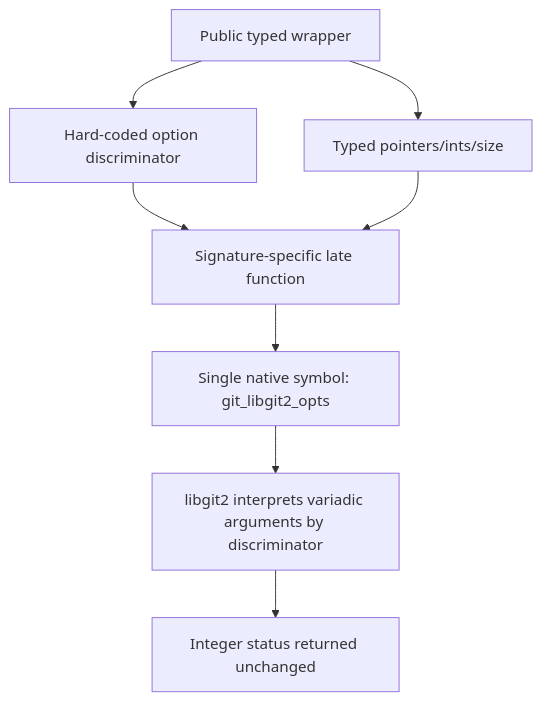
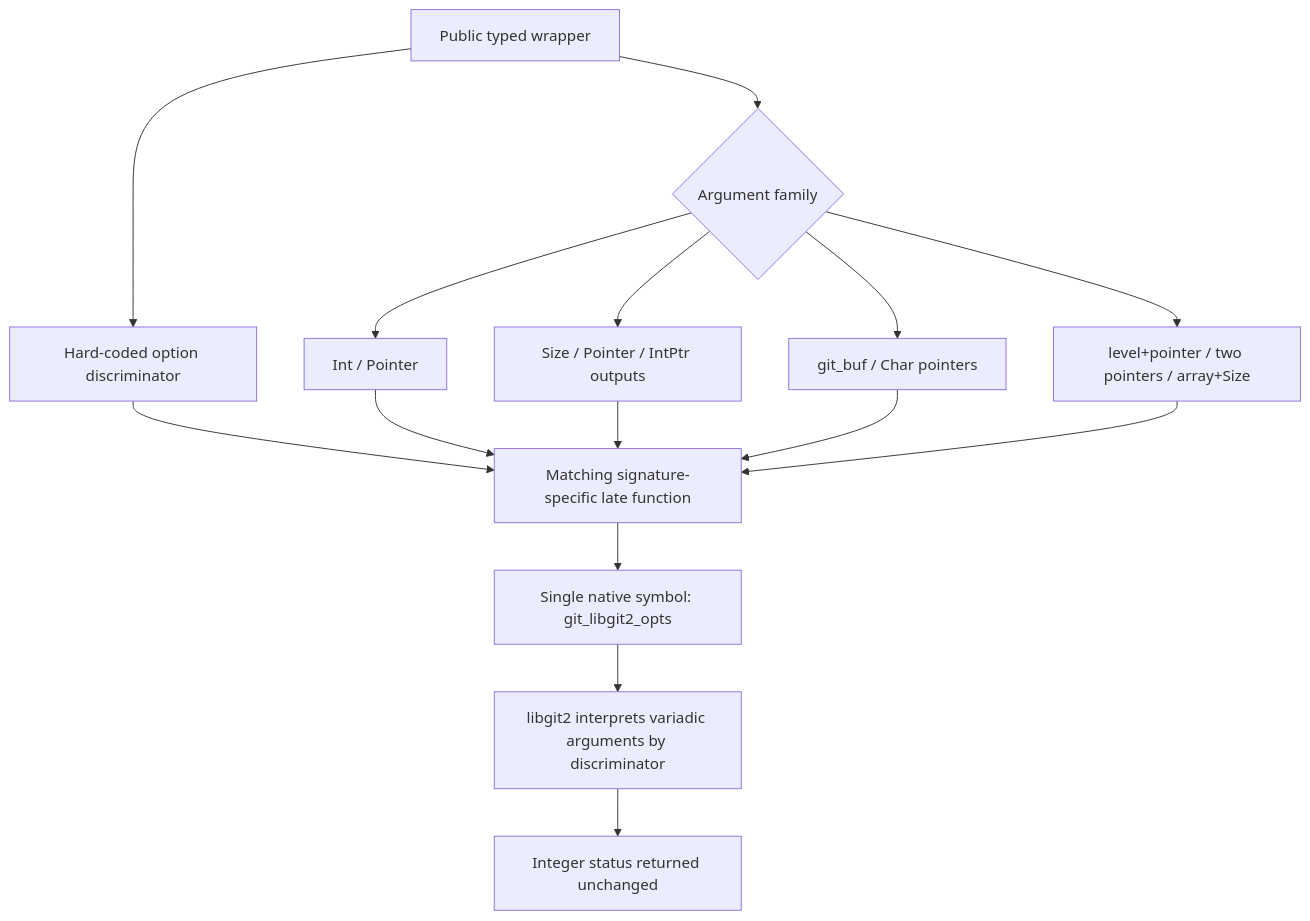
Before and after one commit to DartGit-dev/git2dart_binaries: the diagram in .reversa/_reversa_sdd/flowcharts/libgit2-global-options-dispatch.md, drawn with Mermaid. The commit also changed other lines of this file and 250 other files, not shown here.

````diff
--- a/.reversa/_reversa_sdd/flowcharts/libgit2-global-options-dispatch.md
+++ b/.reversa/_reversa_sdd/flowcharts/libgit2-global-options-dispatch.md
@@ -3,10 +3,17 @@
 ```mermaid
 flowchart TD
   Method["Public typed wrapper"] --> Op["Hard-coded option discriminator"]
-  Method --> Args["Typed pointers/ints/size"]
-  Op --> Call["Signature-specific late function"]
-  Args --> Call
+  Method --> Args{"Argument family"}
+  Args --> Int["Int / Pointer<Int>"]
+  Args --> Width["Size / Pointer<Size> / IntPtr outputs"]
+  Args --> Buffer["git_buf / Char pointers"]
+  Args --> Composite["level+pointer / two pointers / array+Size"]
+  Op --> Call["Matching signature-specific late function"]
+  Int --> Call
+  Width --> Call
+  Buffer --> Call
+  Composite --> Call
   Call --> Symbol["Single native symbol: git_libgit2_opts"]
   Symbol --> Native["libgit2 interprets variadic arguments by discriminator"]
   Native --> Result["Integer status returned unchanged"]
 ```
````
